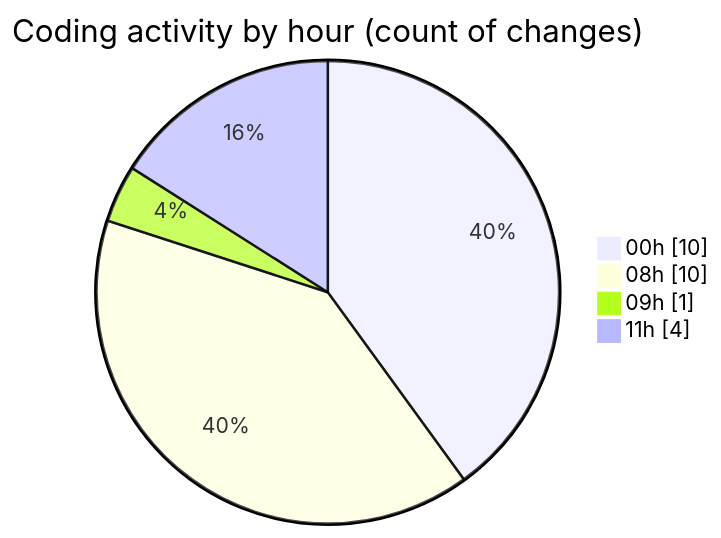
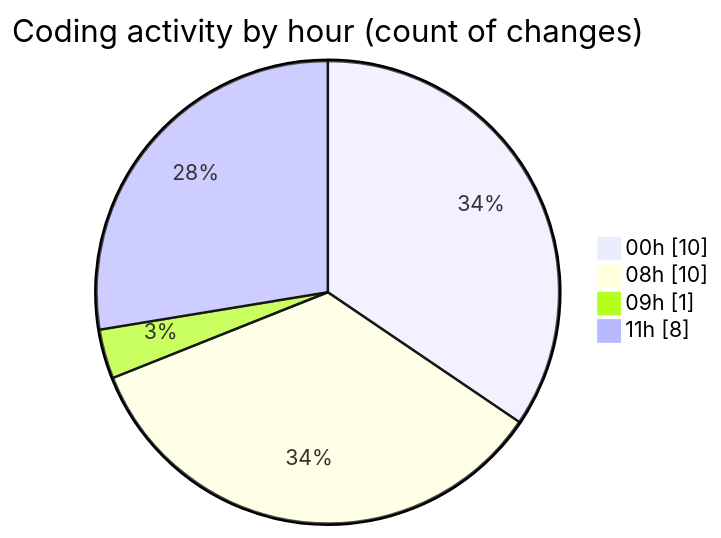
One commit to nxtqubesakshisongat/code-tracking changed the second of 2 diagrams in 2026-01-20/nxtqube_webapp/README.md. Above: the diagram before and after it, drawn with Mermaid. The commit also changed other lines of this file and 1 other file, not shown here.

````diff
--- a/2026-01-20/nxtqube_webapp/README.md
+++ b/2026-01-20/nxtqube_webapp/README.md
@@ -33,8 +33,8 @@
 ```mermaid
 pie showData
 title Coding activity by hour (count of changes)
 "00h" : 10
 "08h" : 10
 "09h" : 1
-"11h" : 4
+"11h" : 8
 ```
````
